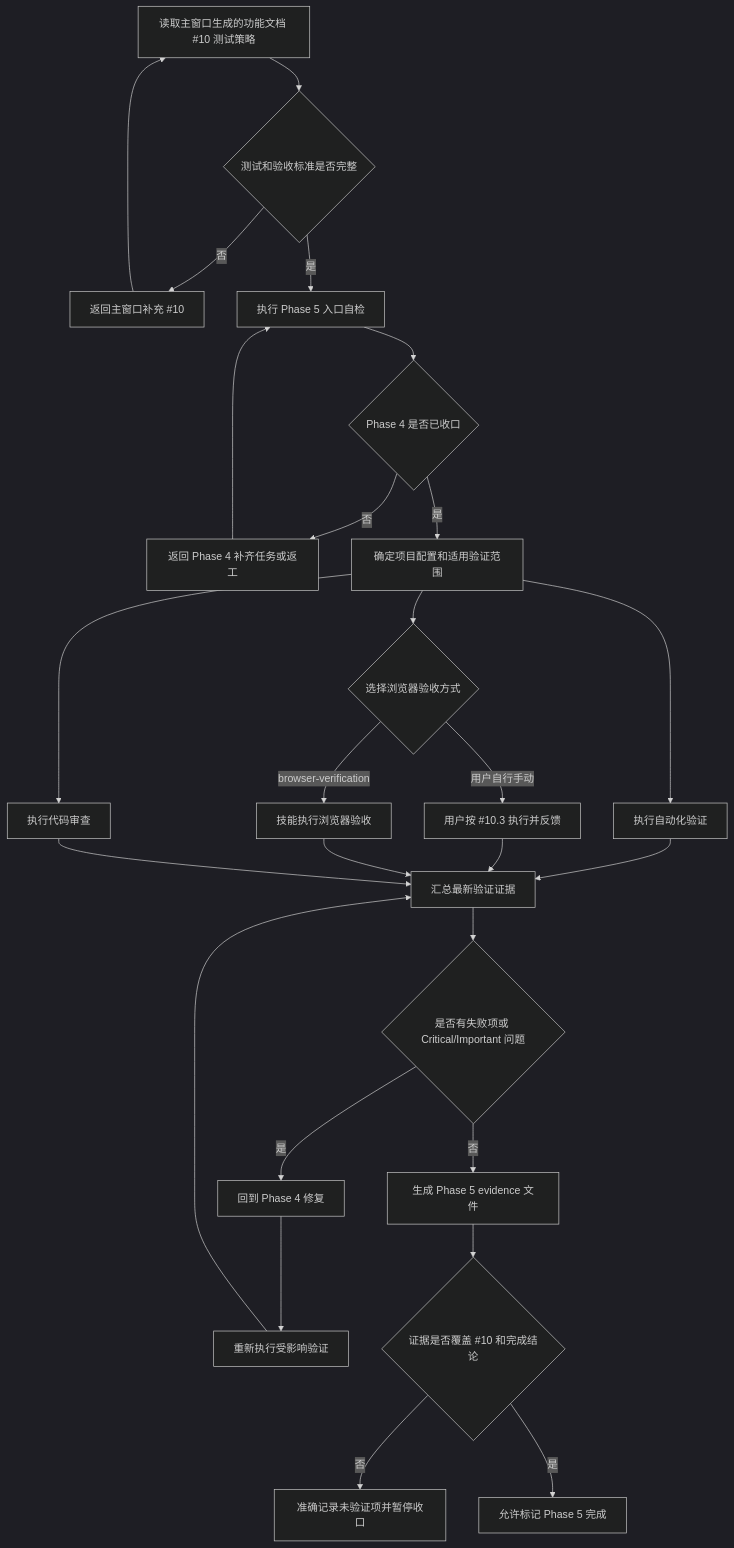
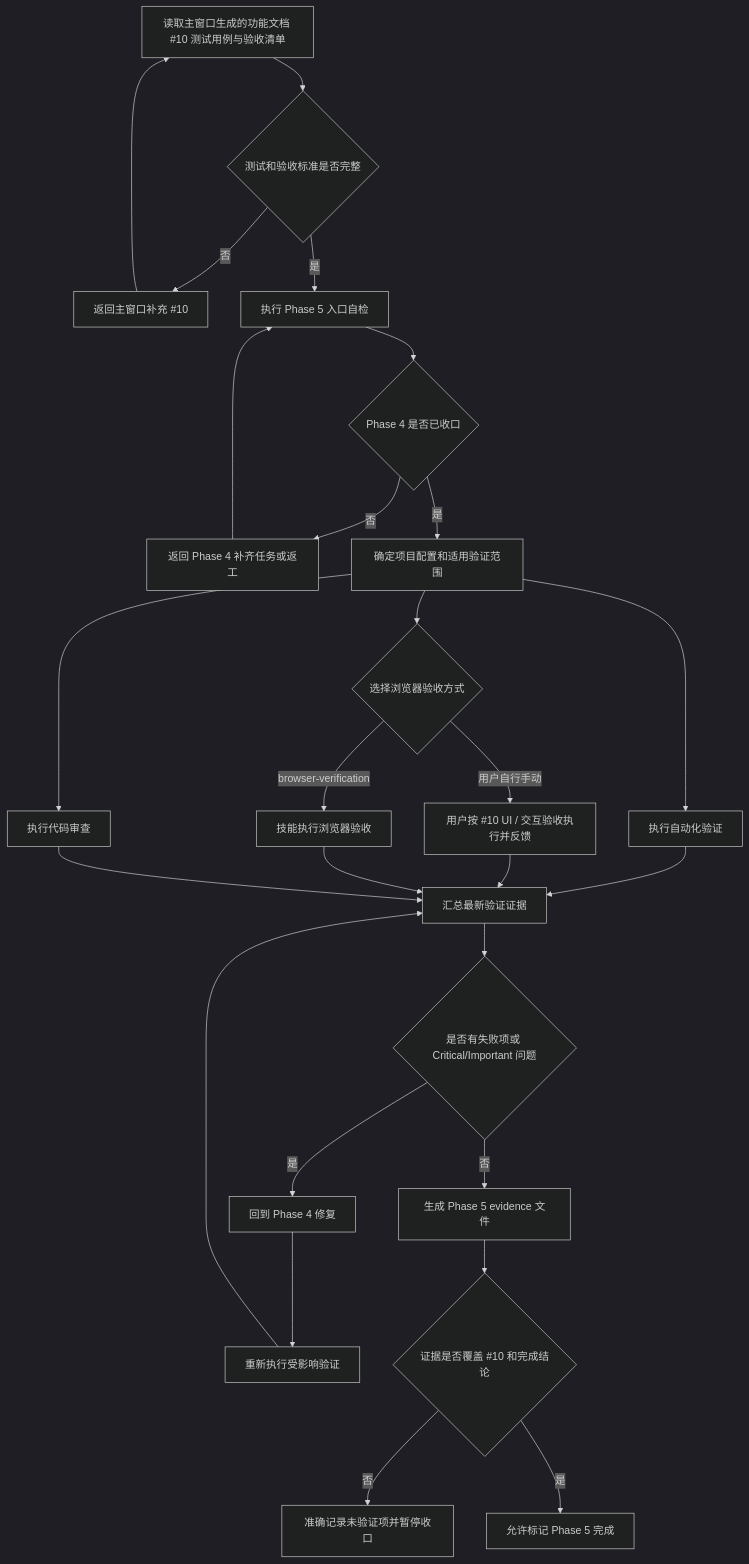
The diagram in page-development-workflow/references/phase5-verification.md (TomorrowLM/lm-skill), drawn with Mermaid (dark theme) before and after one commit. The commit also changed other lines of this file and 4 other files, not shown here.

````diff
--- a/page-development-workflow/references/phase5-verification.md
+++ b/page-development-workflow/references/phase5-verification.md
@@ -22,28 +22,28 @@
 ```mermaid
 flowchart TD
-	A[读取主窗口生成的功能文档 #10 测试策略] --> B{测试和验收标准是否完整}
+	A[读取主窗口生成的功能文档 #10 测试用例与验收清单] --> B{测试和验收标准是否完整}
 	B -->|否| C[返回主窗口补充 #10]
 	C --> A
 	B -->|是| D[执行 Phase 5 入口自检]
 	D --> E{Phase 4 是否已收口}
 	E -->|否| F[返回 Phase 4 补齐任务或返工]
 	F --> D
 	E -->|是| G[确定项目配置和适用验证范围]
 	G --> H[执行自动化验证]
 	G --> I{选择浏览器验收方式}
-	I -->|用户自行手动| I1[用户按 #10.3 执行并反馈]
+	I -->|用户自行手动| I1[用户按 #10 UI / 交互验收执行并反馈]
 	I -->|browser-verification| I2[技能执行浏览器验收]
 	G --> J[执行代码审查]
 	H --> K[汇总最新验证证据]
 	I1 --> K
 	I2 --> K
 	J --> K
 	K --> L{是否有失败项或 Critical/Important 问题}
 	L -->|是| M[回到 Phase 4 修复]
 	M --> N[重新执行受影响验证]
 	N --> K
 	L -->|否| O[生成 Phase 5 evidence 文件]
 	O --> P{证据是否覆盖 #10 和完成结论}
 	P -->|否| Q[准确记录未验证项并暂停收口]
 	P -->|是| R[允许标记 Phase 5 完成]
 ```
````
